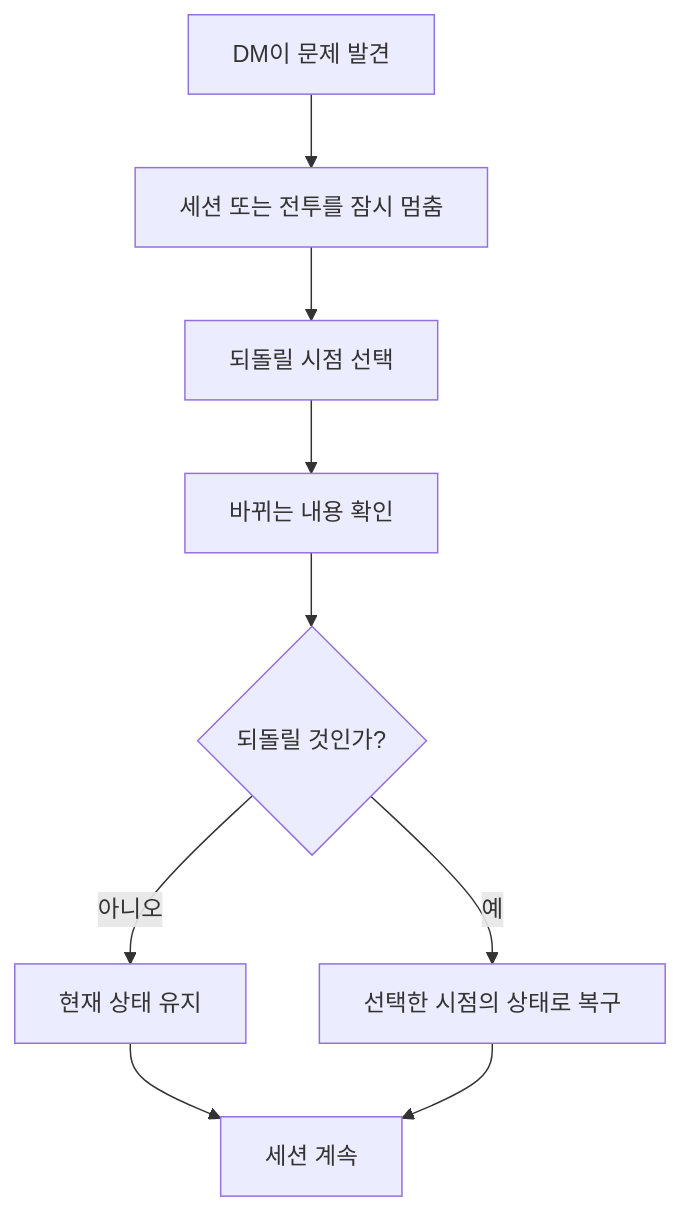
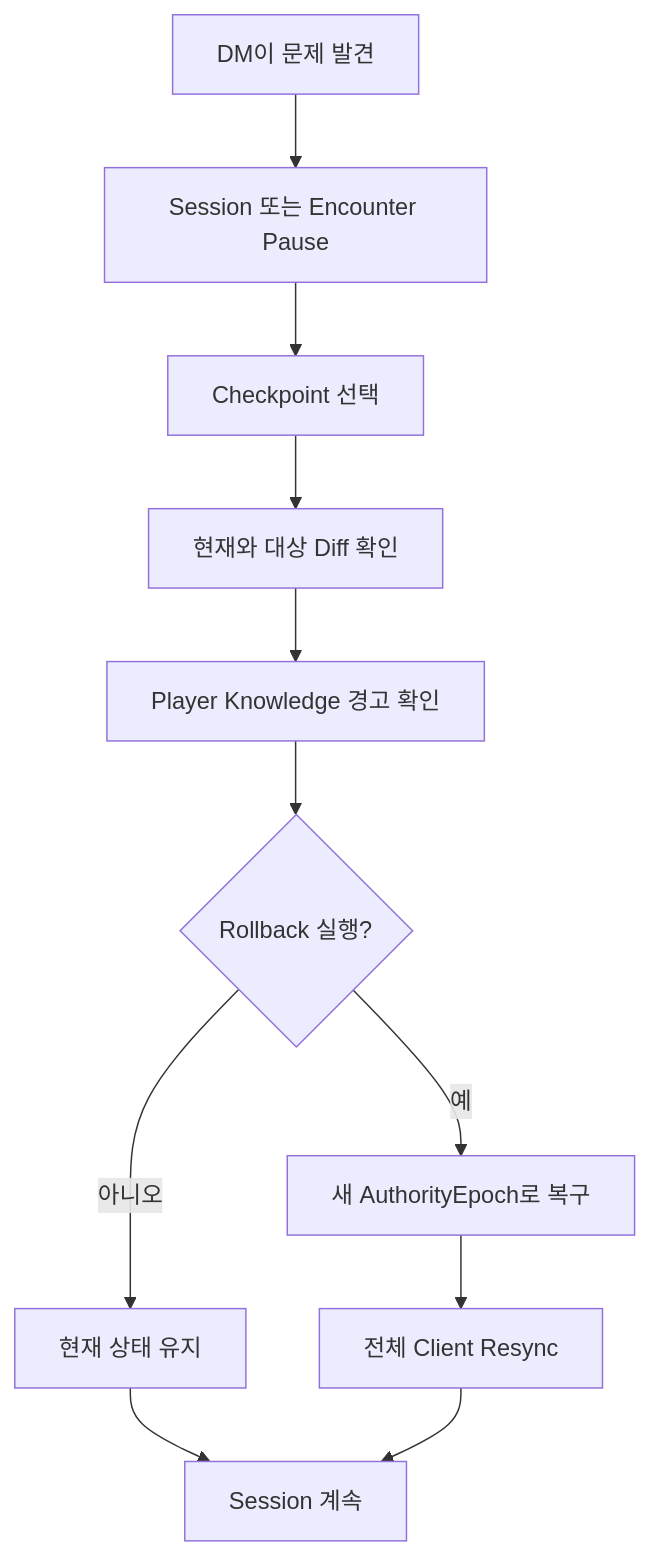
Before and after one commit to Kaetaeru/RVTT: the seventh of 7 diagrams in docs/remake/user-guides/QUICK-FLOW.md, drawn with Mermaid. The commit also changed other lines of this file, not shown here.

Commit message:
docs: link session flow to HTML UI examples

````diff
--- a/docs/remake/user-guides/QUICK-FLOW.md
+++ b/docs/remake/user-guides/QUICK-FLOW.md
@@ -237,11 +290,13 @@
 ```mermaid
 flowchart TD
-    A[DM이 문제 발견] --> B[세션 또는 전투를 잠시 멈춤]
-    B --> C[되돌릴 시점 선택]
-    C --> D[바뀌는 내용 확인]
-    D --> E{되돌릴 것인가?}
-    E -->|아니오| F[현재 상태 유지]
-    E -->|예| G[선택한 시점의 상태로 복구]
-    F --> H[세션 계속]
-    G --> H
+    A[DM이 문제 발견] --> B[Session 또는 Encounter Pause]
+    B --> C[Checkpoint 선택]
+    C --> D[현재와 대상 Diff 확인]
+    D --> E[Player Knowledge 경고 확인]
+    E --> F{Rollback 실행?}
+    F -->|아니오| G[현재 상태 유지]
+    F -->|예| H[새 AuthorityEpoch로 복구]
+    H --> I[전체 Client Resync]
+    G --> J[Session 계속]
+    I --> J
 ```
````
